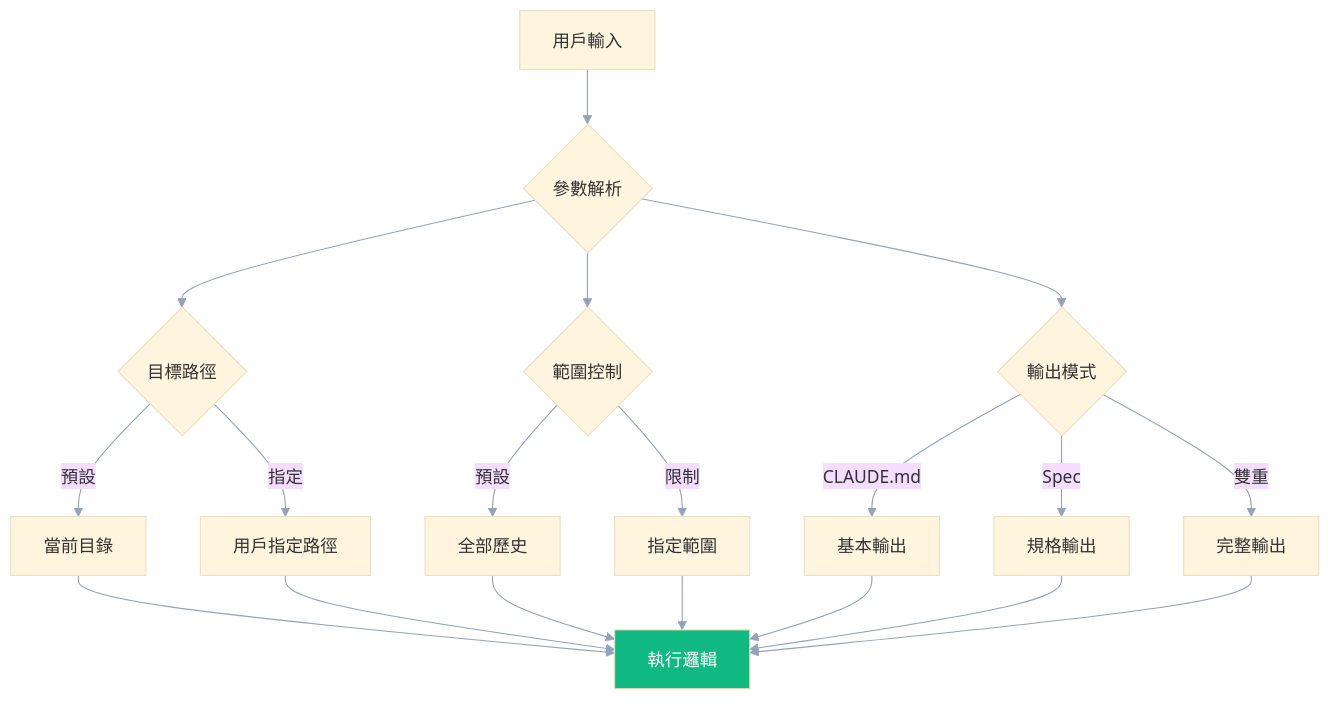
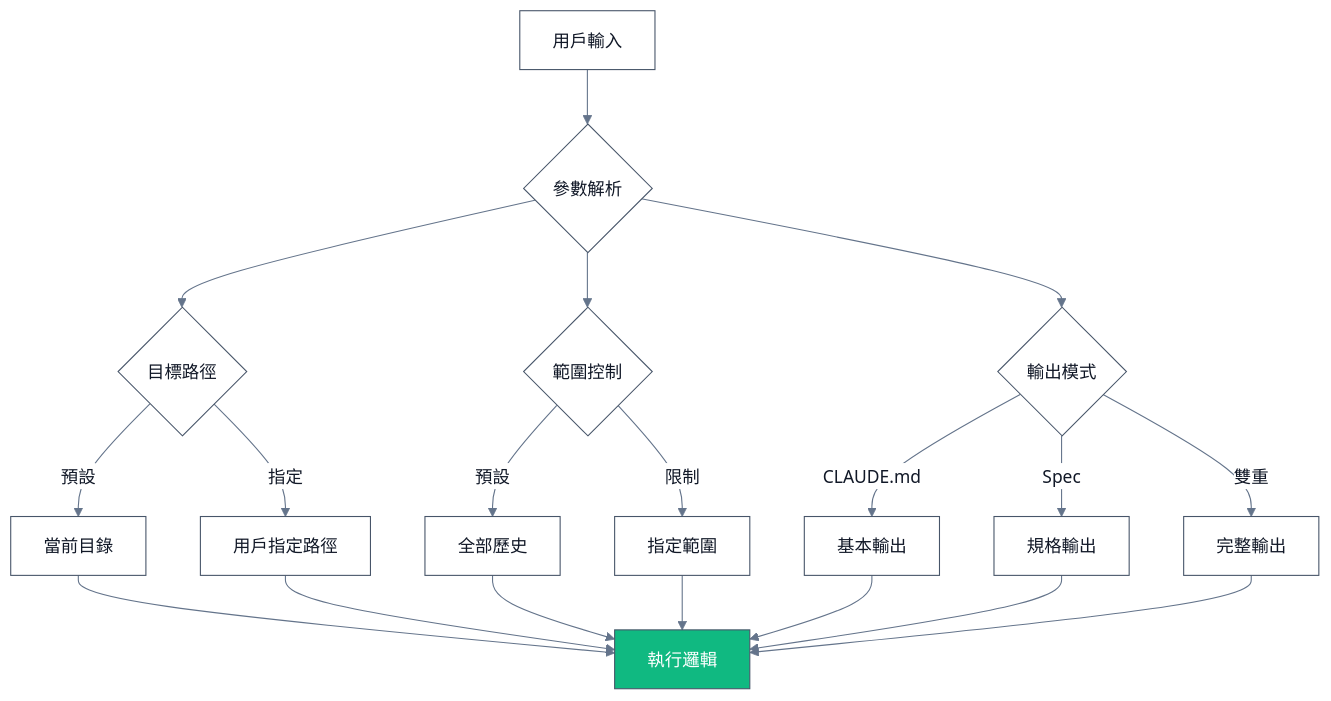
One commit to ChiahungTai/ai-rules changed the sixth of 6 diagrams in ai-analysis/reports/lessons-命令設計文檔-分析報告.md. Above: the diagram before and after it, drawn with Mermaid. The commit also changed other lines of this file and 4 other files, not shown here.

First line of the commit message:
refactor(mermaid): 採用實用主義配置，簡化 Mermaid Skill 架構

````diff
--- a/ai-analysis/reports/lessons-命令設計文檔-分析報告.md
+++ b/ai-analysis/reports/lessons-命令設計文檔-分析報告.md
@@ -383,35 +408,39 @@
 ```mermaid
 %%{init: {
   'theme': 'base',
+  'darkMode': true,
   'themeVariables': {
     'background': 'transparent',
-    'lineColor': '#94a3b8',
-    'textColor': '#374151'
+    'lineColor': '#64748b',
+    'textColor': '#e2e8f0',
+    'primaryColor': '#ffffff',
+    'primaryTextColor': '#111827',
+    'primaryBorderColor': '#475569'
   }
 }}%%
 graph TD
     A[用戶輸入] --> B{參數解析}
 
     B --> C{目標路徑}
     C -->|預設| D[當前目錄]
     C -->|指定| E[用戶指定路徑]
 
     B --> F{範圍控制}
     F -->|預設| G[全部歷史]
     F -->|限制| H[指定範圍]
 
     B --> I{輸出模式}
     I -->|CLAUDE.md| J[基本輸出]
     I -->|Spec| K[規格輸出]
     I -->|雙重| L[完整輸出]
 
     D --> M[執行邏輯]
     E --> M
     G --> M
     H --> M
     J --> M
     K --> M
     L --> M
 
     style M fill:#10b981,color:#ffffff
 ```
````
